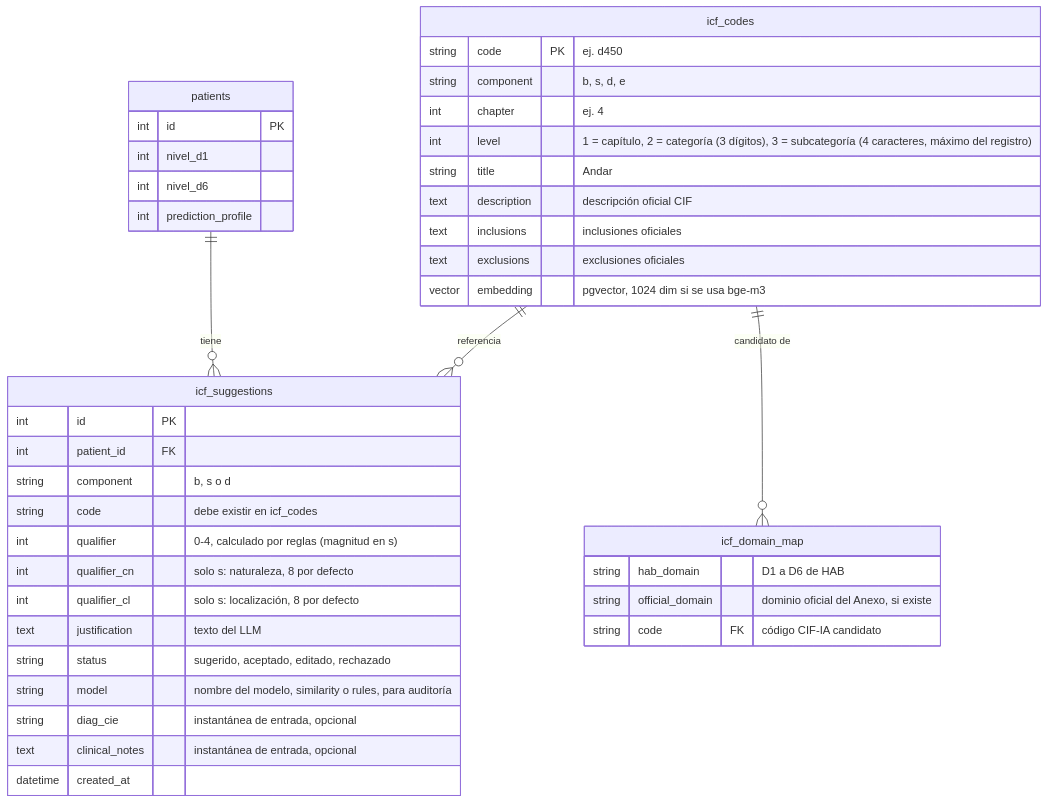
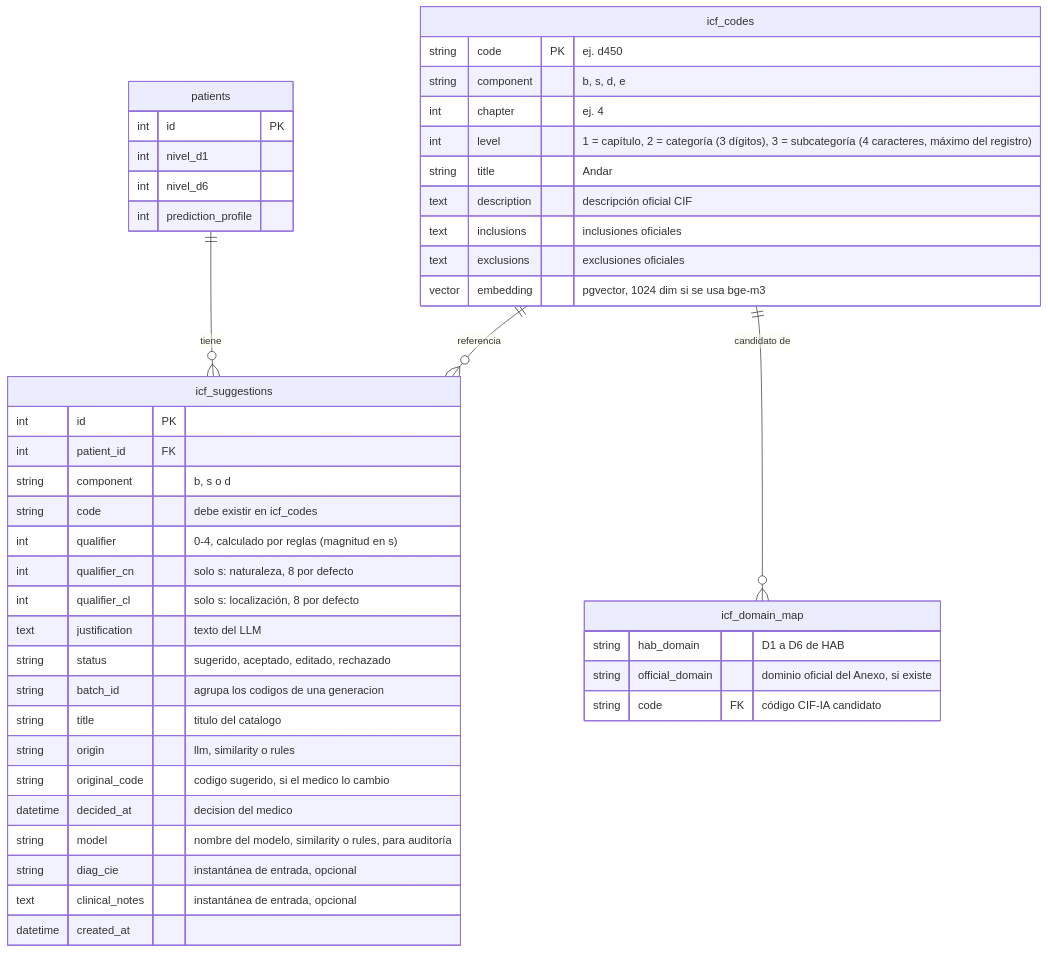
One commit to jaquimbayoc7/health-access-bridge changed the third of 3 diagrams in docs/diagrams/rag-icf-postgresql.md. Above: the diagram before and after it, drawn with Mermaid. The commit also changed other lines of this file and 16 other files, not shown here.

````diff
--- a/docs/diagrams/rag-icf-postgresql.md
+++ b/docs/diagrams/rag-icf-postgresql.md
@@ -252,47 +252,52 @@
 ```mermaid
 erDiagram
     icf_codes {
         string code PK "ej. d450"
         string component "b, s, d, e"
         int chapter "ej. 4"
         int level "1 = capítulo, 2 = categoría (3 dígitos), 3 = subcategoría (4 caracteres, máximo del registro)"
         string title "Andar"
         text description "descripción oficial CIF"
         text inclusions "inclusiones oficiales"
         text exclusions "exclusiones oficiales"
         vector embedding "pgvector, 1024 dim si se usa bge-m3"
     }
 
     patients {
         int id PK
         int nivel_d1
         int nivel_d6
         int prediction_profile
     }
 
     icf_domain_map {
         string hab_domain "D1 a D6 de HAB"
         string official_domain "dominio oficial del Anexo, si existe"
         string code FK "código CIF-IA candidato"
     }
 
     icf_suggestions {
         int id PK
         int patient_id FK
         string component "b, s o d"
         string code "debe existir en icf_codes"
         int qualifier "0-4, calculado por reglas (magnitud en s)"
         int qualifier_cn "solo s: naturaleza, 8 por defecto"
         int qualifier_cl "solo s: localización, 8 por defecto"
         text justification "texto del LLM"
         string status "sugerido, aceptado, editado, rechazado"
+        string batch_id "agrupa los codigos de una generacion"
+        string title "titulo del catalogo"
+        string origin "llm, similarity o rules"
+        string original_code "codigo sugerido, si el medico lo cambio"
+        datetime decided_at "decision del medico"
         string model "nombre del modelo, similarity o rules, para auditoría"
         string diag_cie "instantánea de entrada, opcional"
         text clinical_notes "instantánea de entrada, opcional"
         datetime created_at
     }
 
     patients ||--o{ icf_suggestions : "tiene"
     icf_codes ||--o{ icf_suggestions : "referencia"
     icf_codes ||--o{ icf_domain_map : "candidato de"
 ```
````
